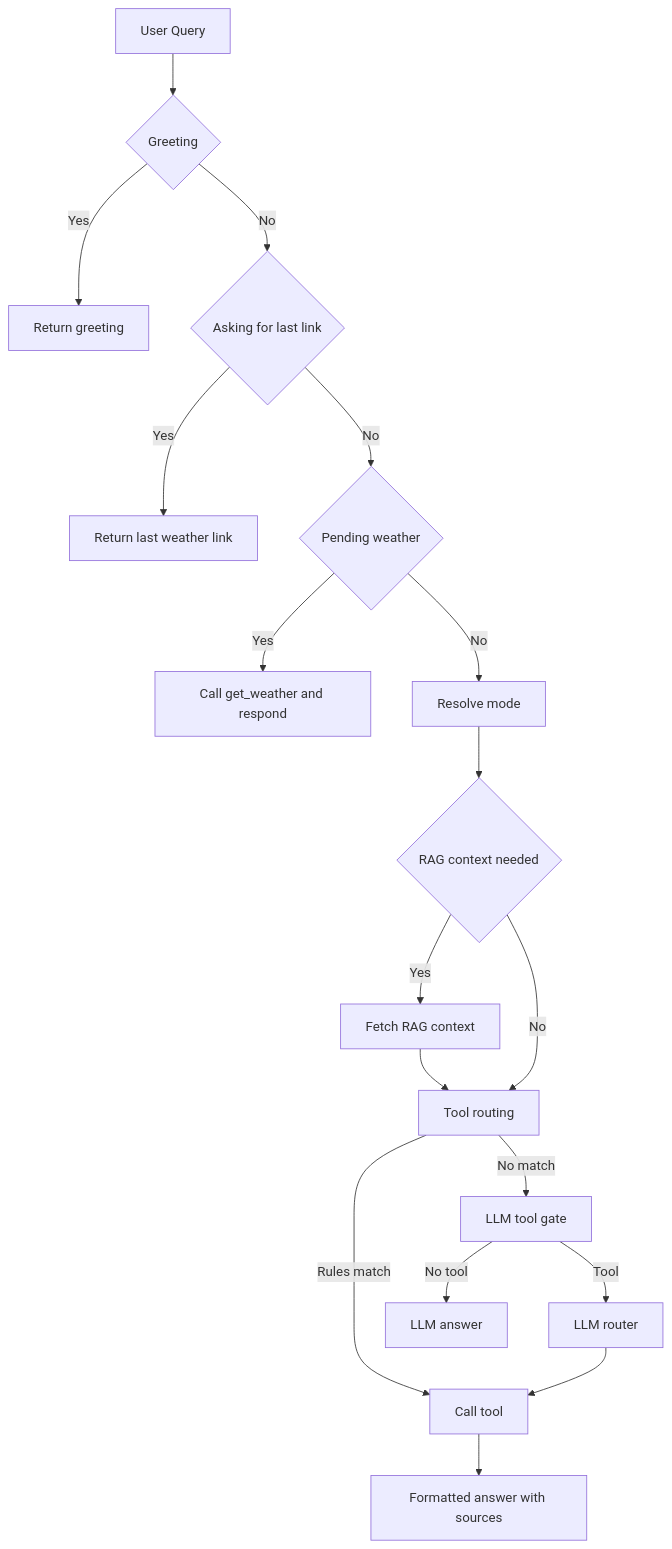
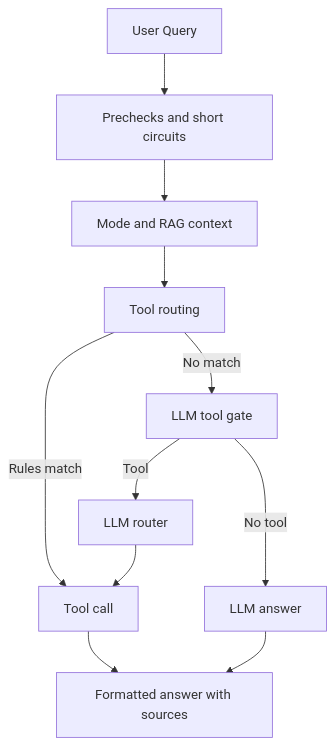
Before and after one commit to P-Saroha/SafeAI-Agent: the diagram in README.md, drawn with Mermaid. The commit also changed other lines of this file, not shown here.

Commit message:
weather tool is updated and readme file is added.

````diff
--- a/README.md
+++ b/README.md
@@ -86,20 +86,13 @@
 ```mermaid
 flowchart TD
-  U[User Query] --> Greet{Greeting}
-  Greet -->|Yes| Hello[Return greeting]
-  Greet -->|No| Link{Asking for last link}
-  Link -->|Yes| LinkOut[Return last weather link]
-  Link -->|No| Pending{Pending weather}
-  Pending -->|Yes| WeatherPending[Call get_weather and respond]
-  Pending -->|No| Mode[Resolve mode]
-  Mode --> RAG{RAG context needed}
-  RAG -->|Yes| RAGCtx[Fetch RAG context]
-  RAG -->|No| Route[Tool routing]
-  RAGCtx --> Route
-  Route -->|Rules match| Tool[Call tool]
-  Route -->|No match| Gate[LLM tool gate]
-  Gate -->|No tool| LLM[LLM answer]
-  Gate -->|Tool| Router[LLM router]
-  Router --> Tool
-  Tool --> Answer[Formatted answer with sources]
+  U[User Query] --> P[Prechecks and short circuits]
+  P --> M[Mode and RAG context]
+  M --> R[Tool routing]
+  R -->|Rules match| T[Tool call]
+  R -->|No match| G[LLM tool gate]
+  G -->|No tool| L[LLM answer]
+  G -->|Tool| RT[LLM router]
+  RT --> T
+  T --> F[Formatted answer with sources]
+  L --> F
 ```
````
